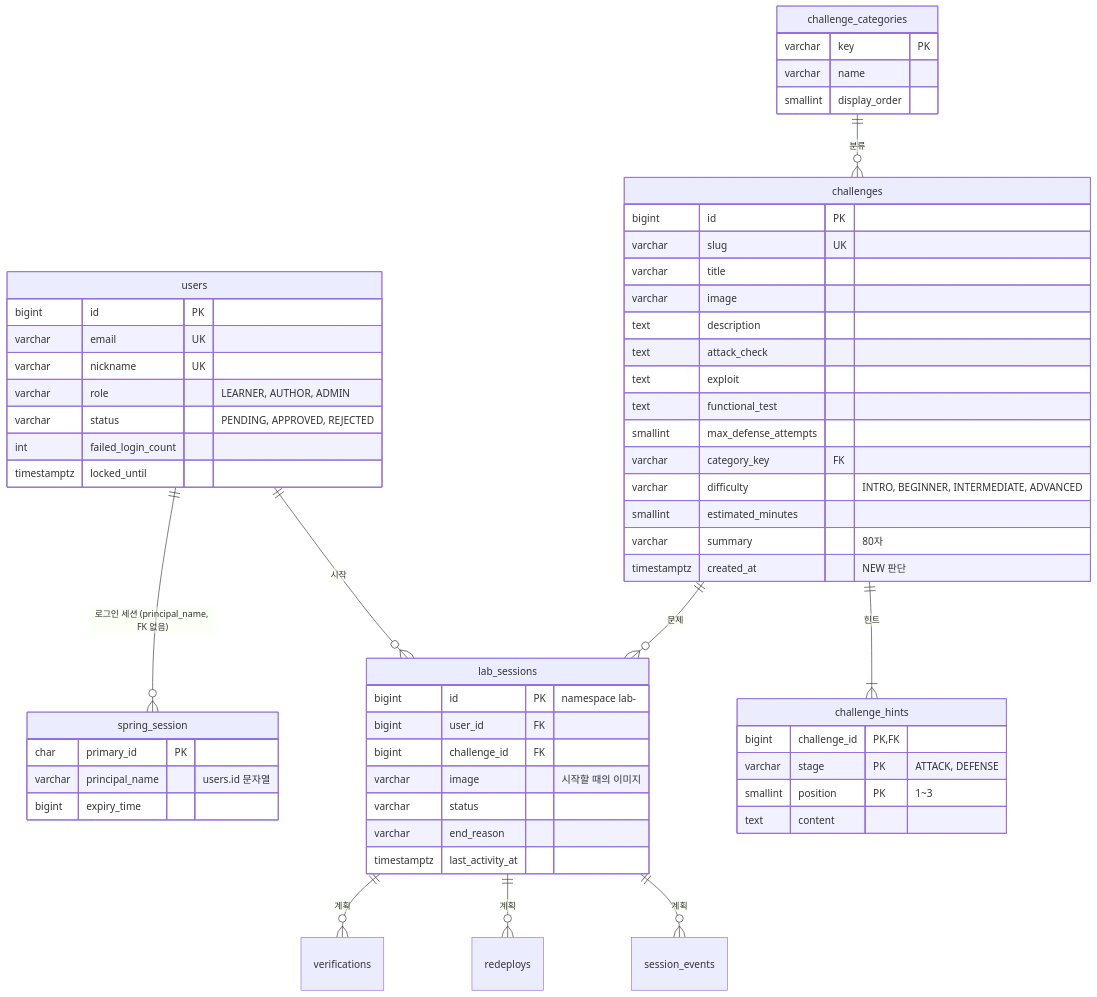
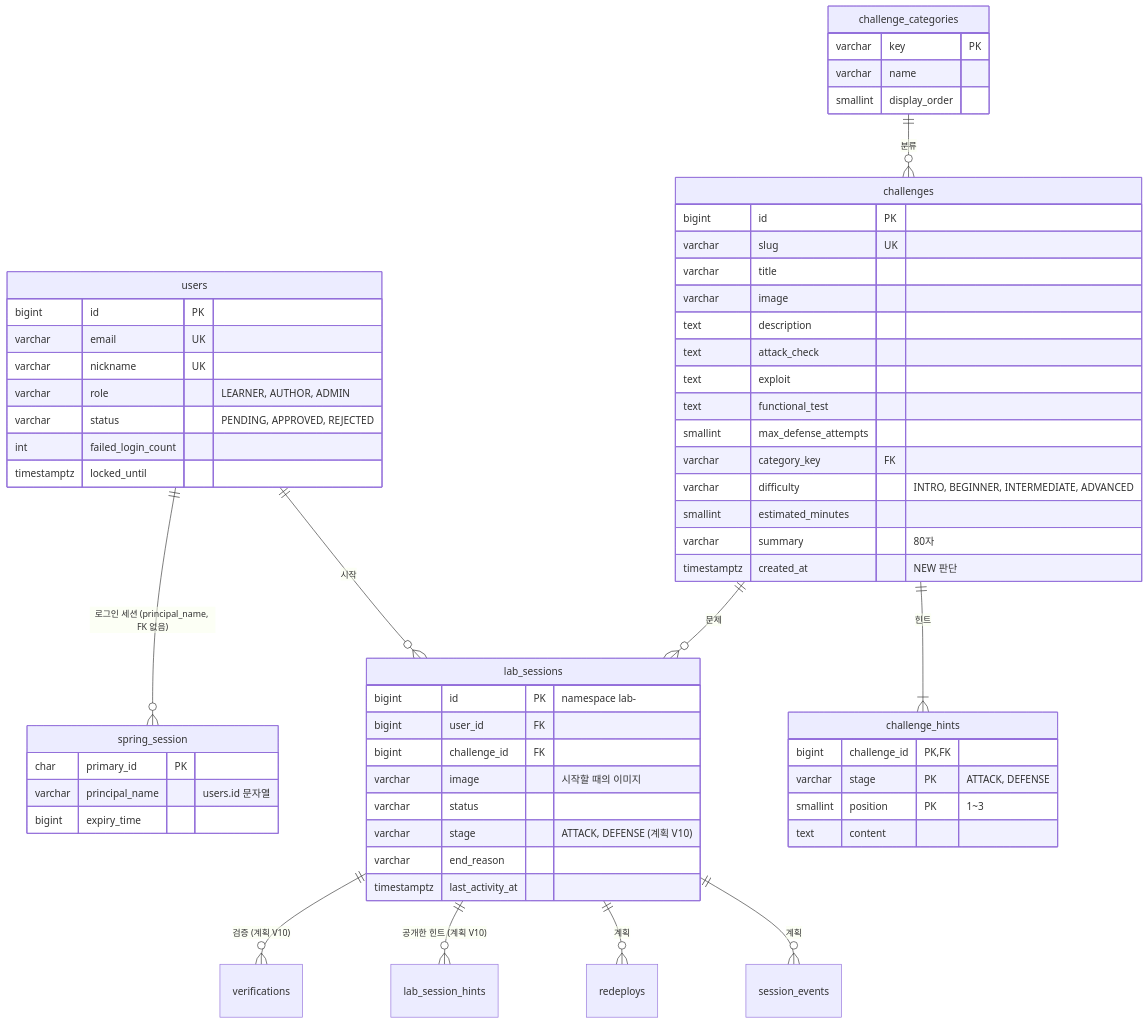
Before and after one commit to pg-hackforge/hackforge-docs: the diagram in data-model.md, drawn with Mermaid. The commit also changed other lines of this file and 3 other files, not shown here.

````diff
--- a/data-model.md
+++ b/data-model.md
@@ -7,62 +7,64 @@
 ```mermaid
 erDiagram
     users ||--o{ spring_session : "로그인 세션 (principal_name, FK 없음)"
     users ||--o{ lab_sessions : "시작"
     challenges ||--o{ lab_sessions : "문제"
     challenges ||--|{ challenge_hints : "힌트"
     challenge_categories ||--o{ challenges : "분류"
-    lab_sessions ||--o{ verifications : "계획"
+    lab_sessions ||--o{ verifications : "검증 (계획 V10)"
+    lab_sessions ||--o{ lab_session_hints : "공개한 힌트 (계획 V10)"
     lab_sessions ||--o{ redeploys : "계획"
     lab_sessions ||--o{ session_events : "계획"
 
     users {
         bigint id PK
         varchar email UK
         varchar nickname UK
         varchar role "LEARNER, AUTHOR, ADMIN"
         varchar status "PENDING, APPROVED, REJECTED"
         int failed_login_count
         timestamptz locked_until
     }
     spring_session {
         char primary_id PK
         varchar principal_name "users.id 문자열"
         bigint expiry_time
     }
     challenges {
         bigint id PK
         varchar slug UK
         varchar title
         varchar image
         text description
         text attack_check
         text exploit
         text functional_test
         smallint max_defense_attempts
         varchar category_key FK
         varchar difficulty "INTRO, BEGINNER, INTERMEDIATE, ADVANCED"
         smallint estimated_minutes
         varchar summary "80자"
         timestamptz created_at "NEW 판단"
     }
     challenge_categories {
         varchar key PK
         varchar name
         smallint display_order
     }
     challenge_hints {
         bigint challenge_id PK, FK
         varchar stage PK "ATTACK, DEFENSE"
         smallint position PK "1~3"
         text content
     }
     lab_sessions {
         bigint id PK "namespace lab-<id>"
         bigint user_id FK
         bigint challenge_id FK
         varchar image "시작할 때의 이미지"
         varchar status
+        varchar stage "ATTACK, DEFENSE (계획 V10)"
         varchar end_reason
         timestamptz last_activity_at
     }
 ```
````
